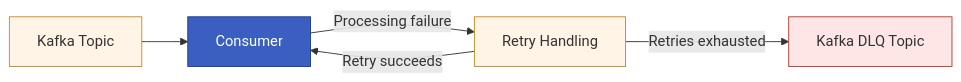
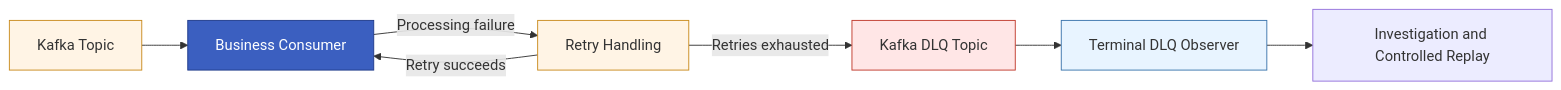
Before and after one commit to jusuftopic/microservices-order-system: the fourth of 4 diagrams in _docs/handbook/07-reliable-messaging.md, drawn with Mermaid. The commit also changed other lines of this file and 25 other files, not shown here.

Commit message:
Apply terminal Kafka DLQ handling across services

````diff
--- a/_docs/handbook/07-reliable-messaging.md
+++ b/_docs/handbook/07-reliable-messaging.md
@@ -295,17 +300,22 @@
 ```mermaid
 flowchart LR
     Kafka["Kafka Topic"]
-    Consumer["Consumer"]
+    Consumer["Business Consumer"]
     Retry["Retry Handling"]
     DLT["Kafka DLQ Topic"]
+    Observer["Terminal DLQ Observer"]
+    Operations["Investigation and Controlled Replay"]
 
     Kafka --> Consumer
     Consumer -->|Processing failure| Retry
     Retry -->|Retry succeeds| Consumer
     Retry -->|Retries exhausted| DLT
+    DLT --> Observer
+    Observer --> Operations
 
     style Kafka fill:#fff4e5,stroke:#c98a1c
     style Consumer fill:#3b5fc0,stroke:#1f3a8a,color:#ffffff
     style Retry fill:#fff4e5,stroke:#c98a1c
     style DLT fill:#ffe6e6,stroke:#c0392b
+    style Observer fill:#e8f4ff,stroke:#3973ac
 ```
````
